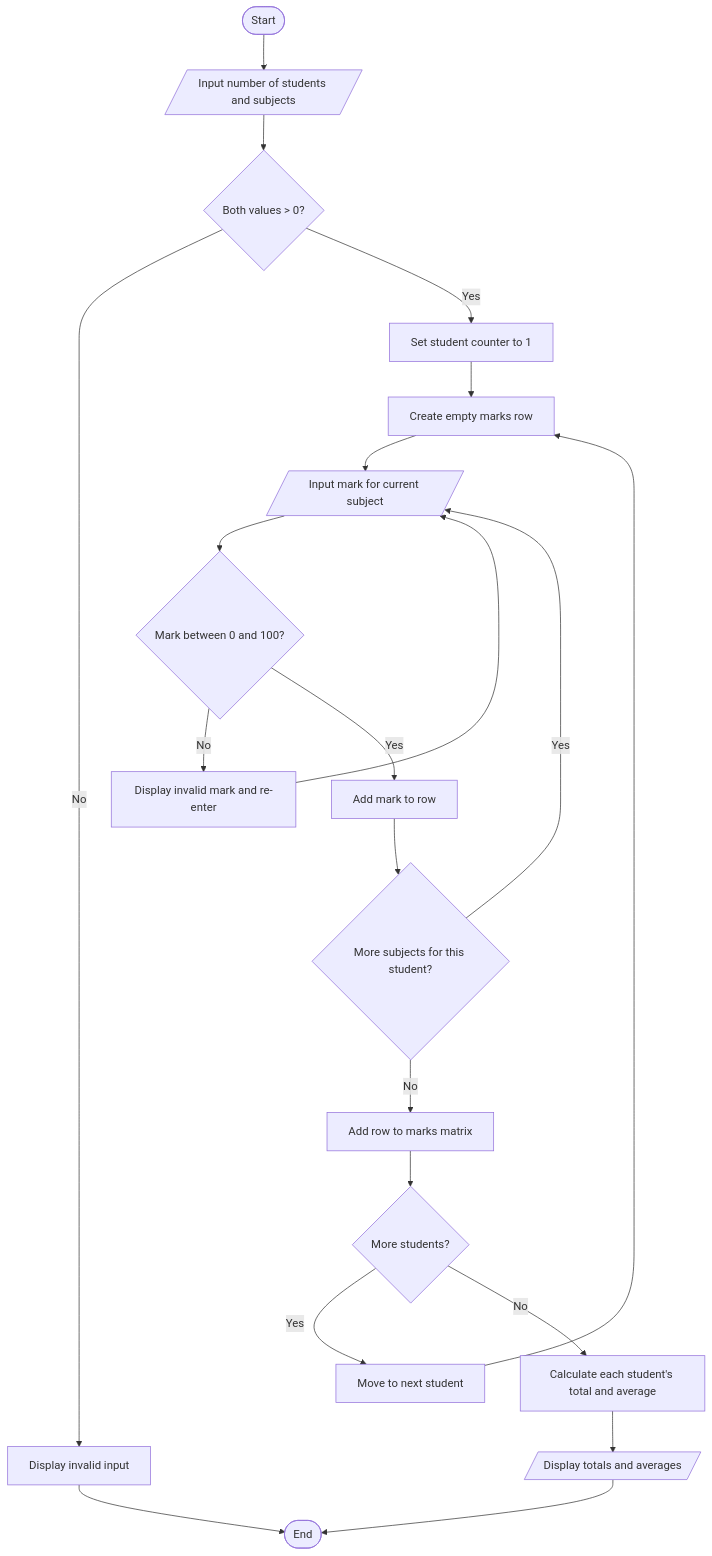
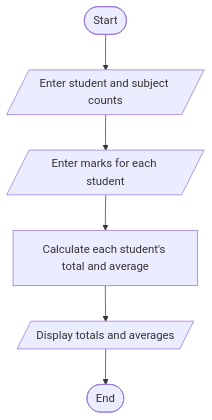
Before and after one commit to AmulyaShaineyCh/ABL-PYTHON: the diagram in 02_Student_Marks_Analysis/flowchart.md, drawn with Mermaid. The commit also changed other lines of this file, not shown here.

Commit message:
Simplify diagrammatic flowchart for project 2

````diff
--- a/02_Student_Marks_Analysis/flowchart.md
+++ b/02_Student_Marks_Analysis/flowchart.md
@@ -3,23 +3,8 @@
 ```mermaid
 flowchart TD
-    A([Start]) --> B[/Input number of students and subjects/]
-    B --> C{Both values > 0?}
-    C -- No --> D[Display invalid input]
-    D --> Z([End])
-    C -- Yes --> E[Set student counter to 1]
-    E --> F[Create empty marks row]
-    F --> G[/Input mark for current subject/]
-    G --> H{Mark between 0 and 100?}
-    H -- No --> I[Display invalid mark and re-enter]
-    I --> G
-    H -- Yes --> J[Add mark to row]
-    J --> K{More subjects for this student?}
-    K -- Yes --> G
-    K -- No --> L[Add row to marks matrix]
-    L --> M{More students?}
-    M -- Yes --> N[Move to next student]
-    N --> F
-    M -- No --> O[Calculate each student's total and average]
-    O --> P[/Display totals and averages/]
-    P --> Z
+ A([Start]) --> B[/Enter student and subject counts/]
+ B --> C[/Enter marks for each student/]
+ C --> D[Calculate each student's total and average]
+ D --> E[/Display totals and averages/]
+ E --> F([End])
 ```
````
